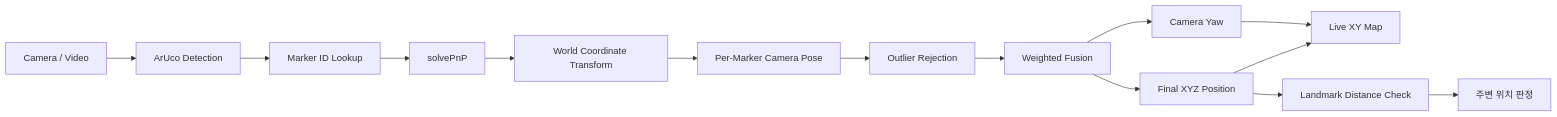
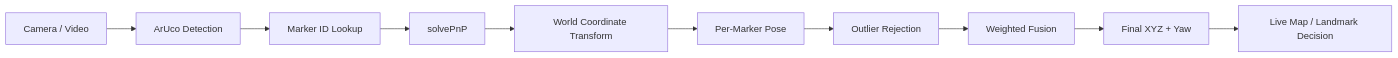
The first of 9 diagrams in README.md (JIWOO1127/machine-vision1), drawn with Mermaid before and after one commit. The commit also changed other lines of this file and 8 other files, not shown here.

````diff
--- a/README.md
+++ b/README.md
@@ -68,16 +66,12 @@
 ```mermaid
 flowchart LR
     A[Camera / Video] --> B[ArUco Detection]
     B --> C[Marker ID Lookup]
     C --> D[solvePnP]
     D --> E[World Coordinate Transform]
-    E --> F[Per-Marker Camera Pose]
+    E --> F[Per-Marker Pose]
     F --> G[Outlier Rejection]
     G --> H[Weighted Fusion]
-    H --> I[Final XYZ Position]
-    H --> J[Camera Yaw]
-    I --> K[Live XY Map]
-    J --> K
-    I --> L[Landmark Distance Check]
-    L --> M[주변 위치 판정]
+    H --> I[Final XYZ + Yaw]
+    I --> J[Live Map / Landmark Decision]
 ```
````
